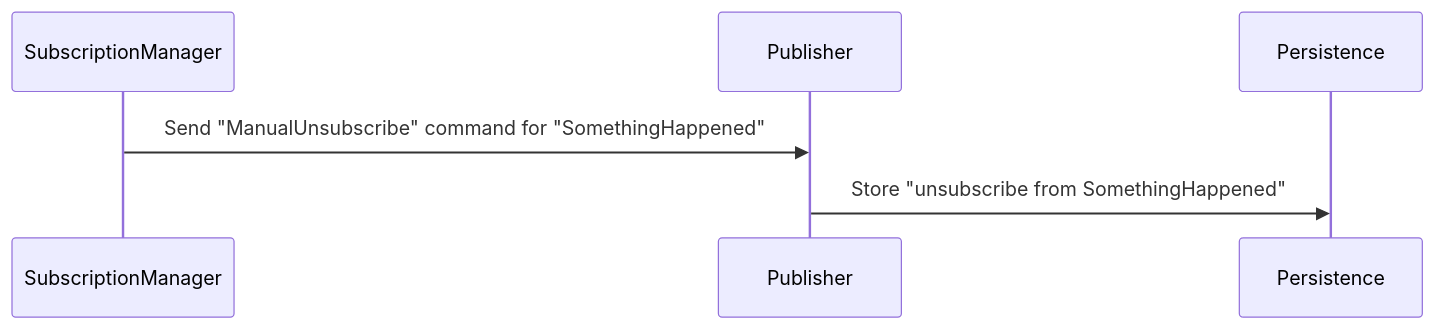
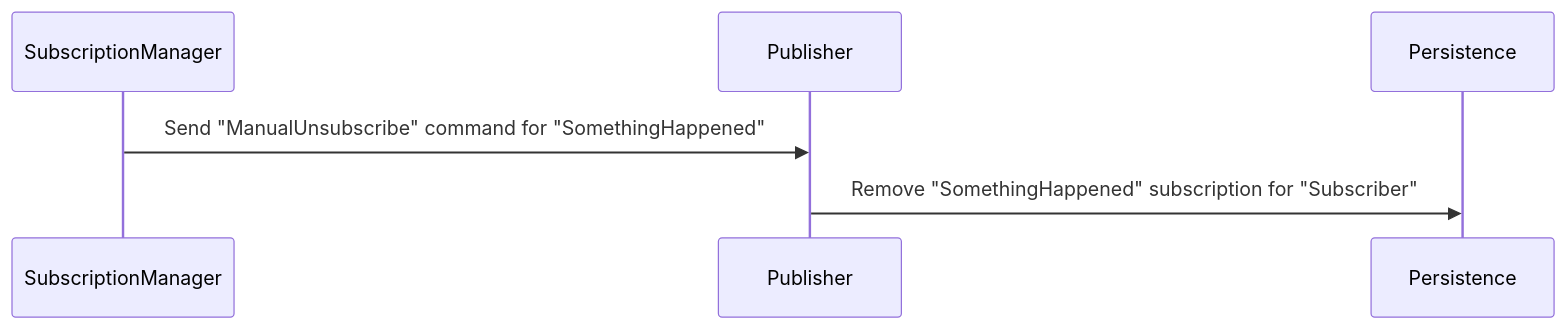
The second of 3 diagrams in samples/manual-unsubscribe/sample.md (Particular/docs.particular.net), drawn with Mermaid before and after one commit. The commit also changed other lines of this file, not shown here.

````diff
--- a/samples/manual-unsubscribe/sample.md
+++ b/samples/manual-unsubscribe/sample.md
@@ -51,8 +51,8 @@
 ```mermaid
 sequenceDiagram
 Participant SubscriptionManager AS SubscriptionManager
 Participant Publisher
 Participant Persistence
 SubscriptionManager ->> Publisher: Send "ManualUnsubscribe" command for "SomethingHappened" 
-Publisher ->> Persistence: Store "unsubscribe from SomethingHappened"
+Publisher ->> Persistence: Remove "SomethingHappened" subscription for "Subscriber"
 ```
````
